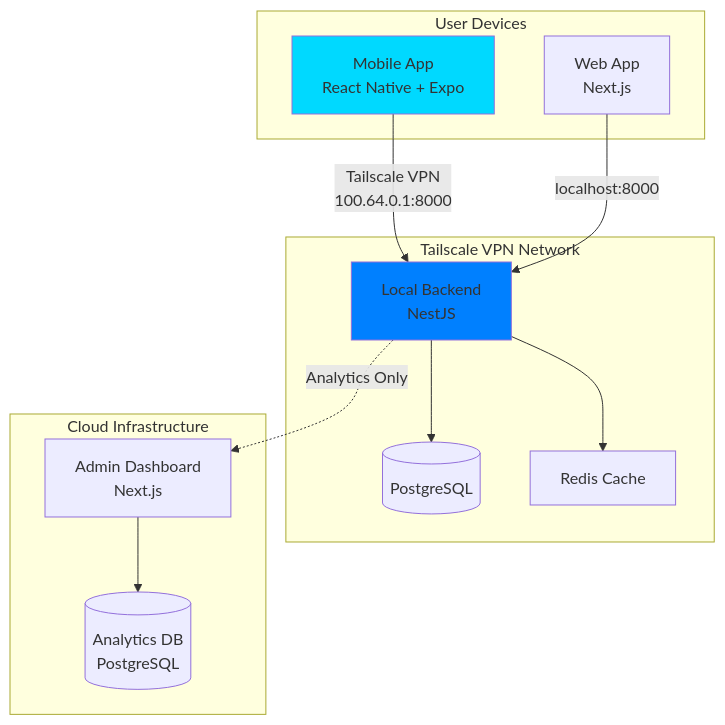
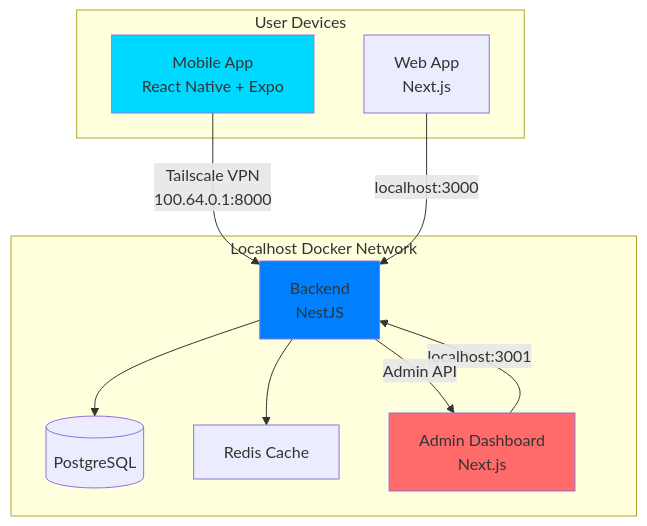
Before and after one commit to nishan-paul-2022/barcody-barcode-scanner-for-anything: the first of 6 diagrams in docs/architecture-plan.md, drawn with Mermaid. The commit also changed other lines of this file and 1 other file, not shown here.

Commit message:
feat: Migrate Admin Dashboard to local Docker deployment with a dedicated backend admin API and update related architecture and tasks.

````diff
--- a/docs/architecture-plan.md
+++ b/docs/architecture-plan.md
@@ -13,29 +13,25 @@
 ```mermaid
 graph TB
     subgraph "User Devices"
         MA[Mobile App<br/>React Native + Expo]
         WA[Web App<br/>Next.js]
     end
 
-    subgraph "Tailscale VPN Network"
-        LB[Local Backend<br/>NestJS]
+    subgraph "Localhost Docker Network"
+        LB[Backend<br/>NestJS]
         LDB[(PostgreSQL)]
         REDIS[Redis Cache]
-    end
-
-    subgraph "Cloud Infrastructure"
         AD[Admin Dashboard<br/>Next.js]
-        ADB[(Analytics DB<br/>PostgreSQL)]
     end
 
     MA -->|Tailscale VPN<br/>100.64.0.1:8000| LB
-    WA -->|localhost:8000| LB
+    WA -->|localhost:3000| LB
+    AD -->|localhost:3001| LB
     LB --> LDB
     LB --> REDIS
-
-    LB -.->|Analytics Only| AD
-    AD --> ADB
+    LB -->|Admin API| AD
 
     style MA fill:#00D9FF
     style LB fill:#0080FF
+    style AD fill:#FF6B6B
 ```
````
